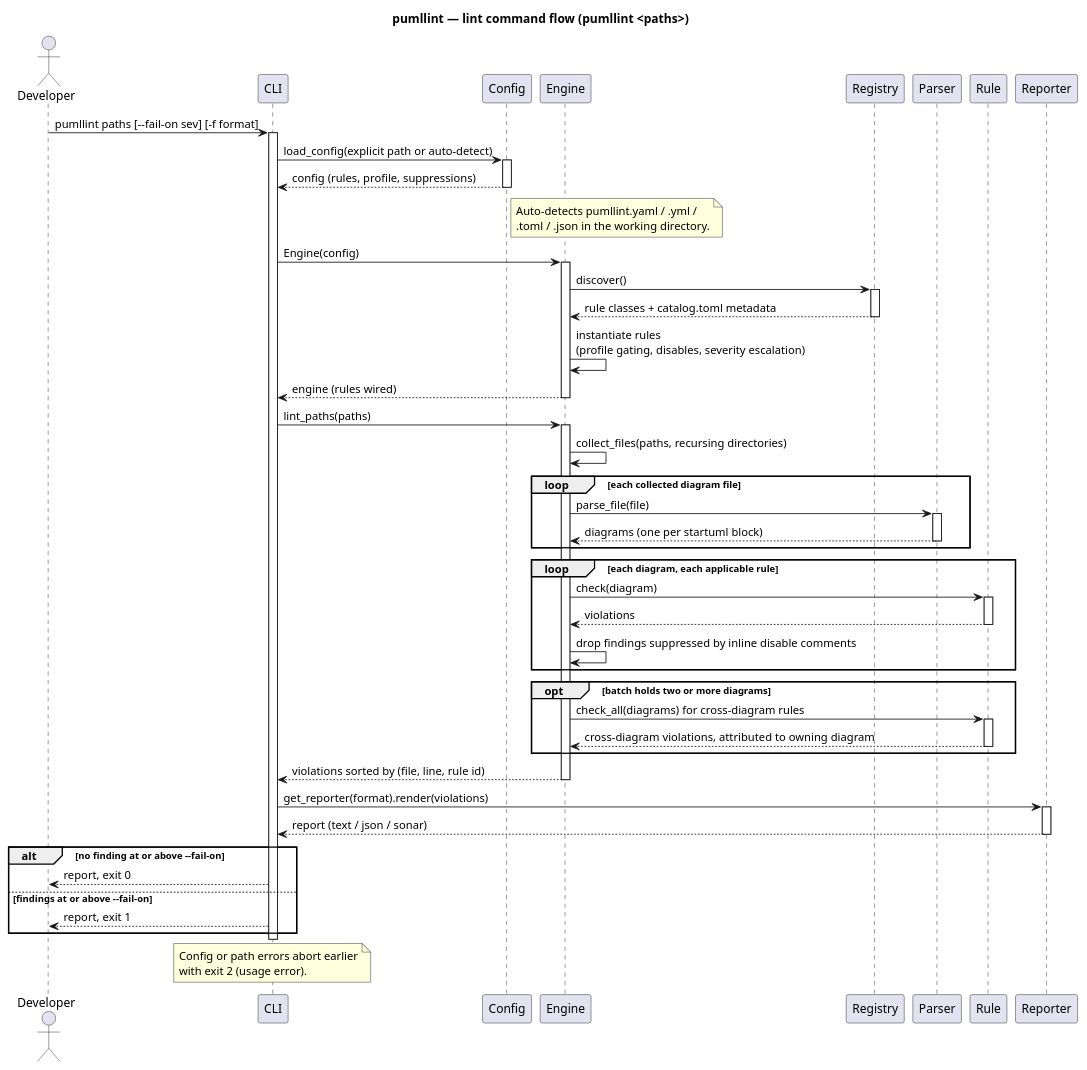
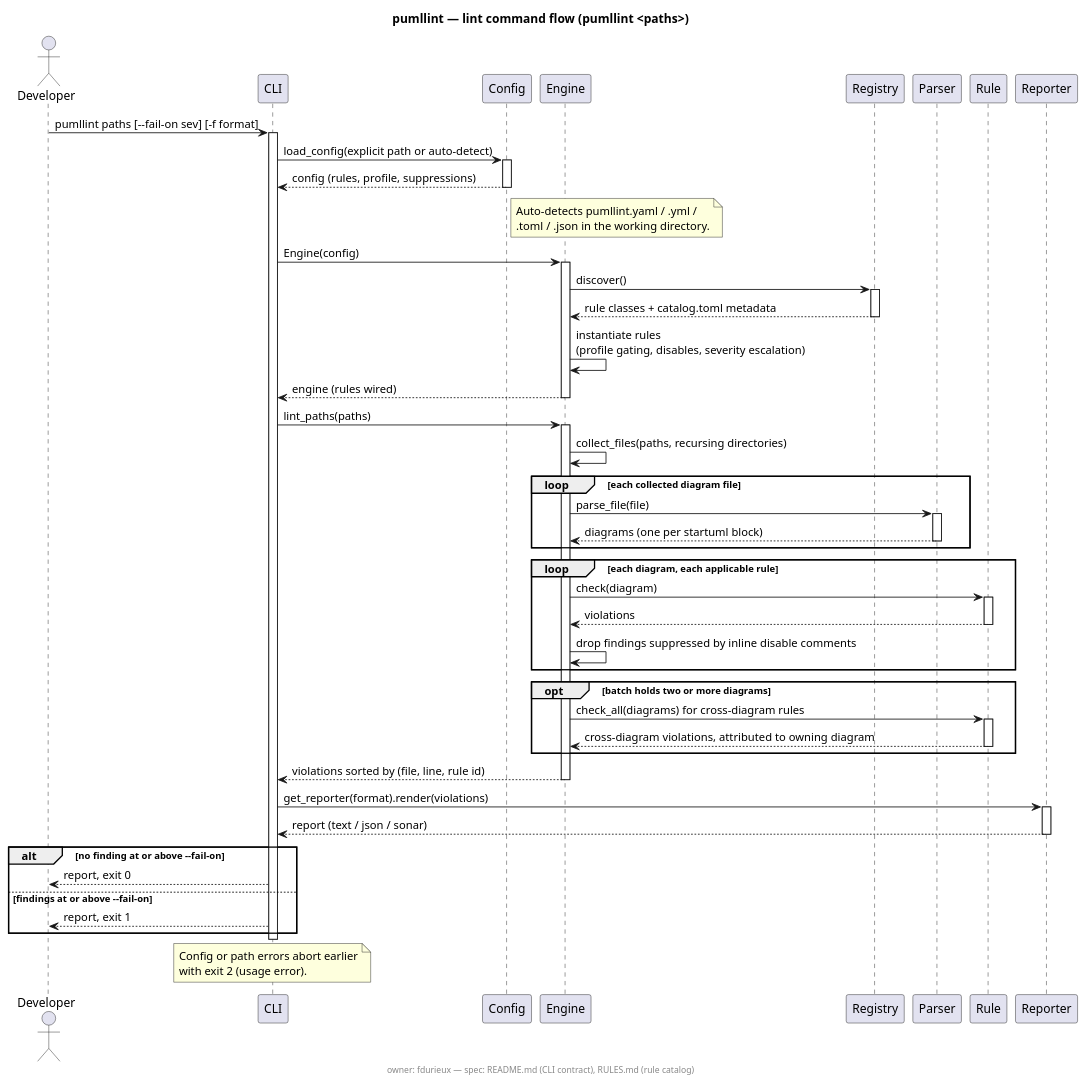
The diagram in docs/pumllint-lint-flow.puml (fdurieux/pumllint), drawn with PlantUML before and after one commit. The commit also changed 3 other files, not shown here.

```diff
--- a/docs/pumllint-lint-flow.puml
+++ b/docs/pumllint-lint-flow.puml
@@ -1,84 +1,85 @@
 @startuml pumllint-lint-flow
 title pumllint — lint command flow (pumllint <paths>)
+footer owner: fdurieux — spec: README.md (CLI contract), RULES.md (rule catalog)
 
 actor Developer
 participant CLI
 participant Config
 participant Engine
 participant Registry
 participant Parser
 participant Rule
 participant Reporter
 
 Developer -> CLI : pumllint paths [--fail-on sev] [-f format]
 activate CLI
 
 CLI -> Config : load_config(explicit path or auto-detect)
 activate Config
 Config --> CLI : config (rules, profile, suppressions)
 deactivate Config
 note right of Config
   Auto-detects pumllint.yaml / .yml /
   .toml / .json in the working directory.
 end note
 
 CLI -> Engine : Engine(config)
 activate Engine
 Engine -> Registry : discover()
 activate Registry
 Registry --> Engine : rule classes + catalog.toml metadata
 deactivate Registry
 ' Intended self-call: rule wiring is Engine-internal by design (RULES.md SEQ006).
 ' pumllint: disable=SEQ006
 Engine -> Engine : instantiate rules\n(profile gating, disables, severity escalation)
 Engine --> CLI : engine (rules wired)
 deactivate Engine
 
 CLI -> Engine : lint_paths(paths)
 activate Engine
 ' pumllint: disable=SEQ006
 Engine -> Engine : collect_files(paths, recursing directories)
 
 loop each collected diagram file
     Engine -> Parser : parse_file(file)
     activate Parser
     Parser --> Engine : diagrams (one per startuml block)
     deactivate Parser
 end
 
 loop each diagram, each applicable rule
     Engine -> Rule : check(diagram)
     activate Rule
     Rule --> Engine : violations
     deactivate Rule
     ' pumllint: disable=SEQ006
     Engine -> Engine : drop findings suppressed by inline disable comments
 end
 
 opt batch holds two or more diagrams
     Engine -> Rule : check_all(diagrams) for cross-diagram rules
     activate Rule
     Rule --> Engine : cross-diagram violations, attributed to owning diagram
     deactivate Rule
 end
 
 Engine --> CLI : violations sorted by (file, line, rule id)
 deactivate Engine
 
 CLI -> Reporter : get_reporter(format).render(violations)
 activate Reporter
 Reporter --> CLI : report (text / json / sonar)
 deactivate Reporter
 
 alt no finding at or above --fail-on
     CLI --> Developer : report, exit 0
 else findings at or above --fail-on
     CLI --> Developer : report, exit 1
 end
 deactivate CLI
 
 note over CLI
   Config or path errors abort earlier
   with exit 2 (usage error).
 end note
 @enduml
```
